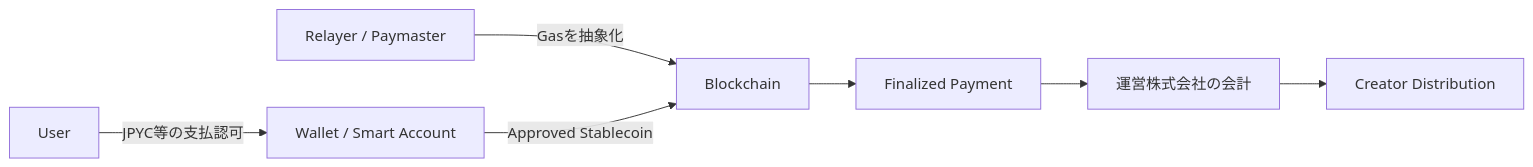
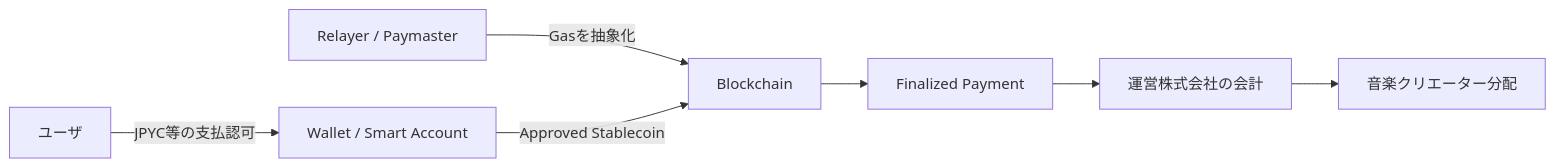
Before and after one commit to ShigeichiroYamasaki/creator-first-platform: the eighth of 17 diagrams in docs/whitepaper/03-rights-and-money.md, drawn with Mermaid. The commit also changed other lines of this file and 67 other files, not shown here.

````diff
--- a/docs/whitepaper/03-rights-and-money.md
+++ b/docs/whitepaper/03-rights-and-money.md
@@ -205,9 +205,9 @@
 ```mermaid
 flowchart LR
-    USER[User] -->|JPYC等の支払認可| WALLET[Wallet / Smart Account]
+    USER[ユーザ] -->|JPYC等の支払認可| WALLET[Wallet / Smart Account]
     SPONSOR[Relayer / Paymaster] -->|Gasを抽象化| CHAIN[Blockchain]
     WALLET -->|Approved Stablecoin| CHAIN
     CHAIN --> FINAL[Finalized Payment]
     FINAL --> CORP[運営株式会社の会計]
-    CORP --> CREATOR[Creator Distribution]
+    CORP --> CREATOR[音楽クリエーター分配]
 ```
````
